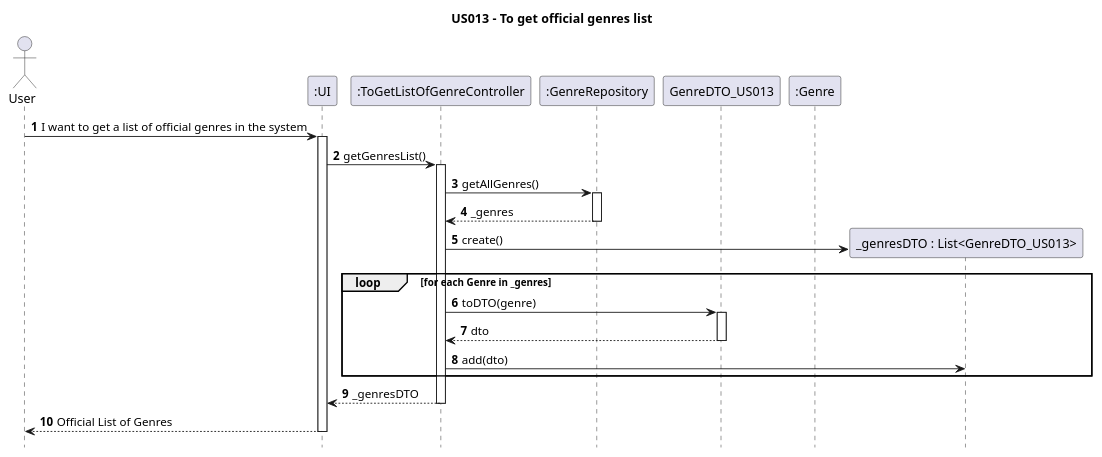
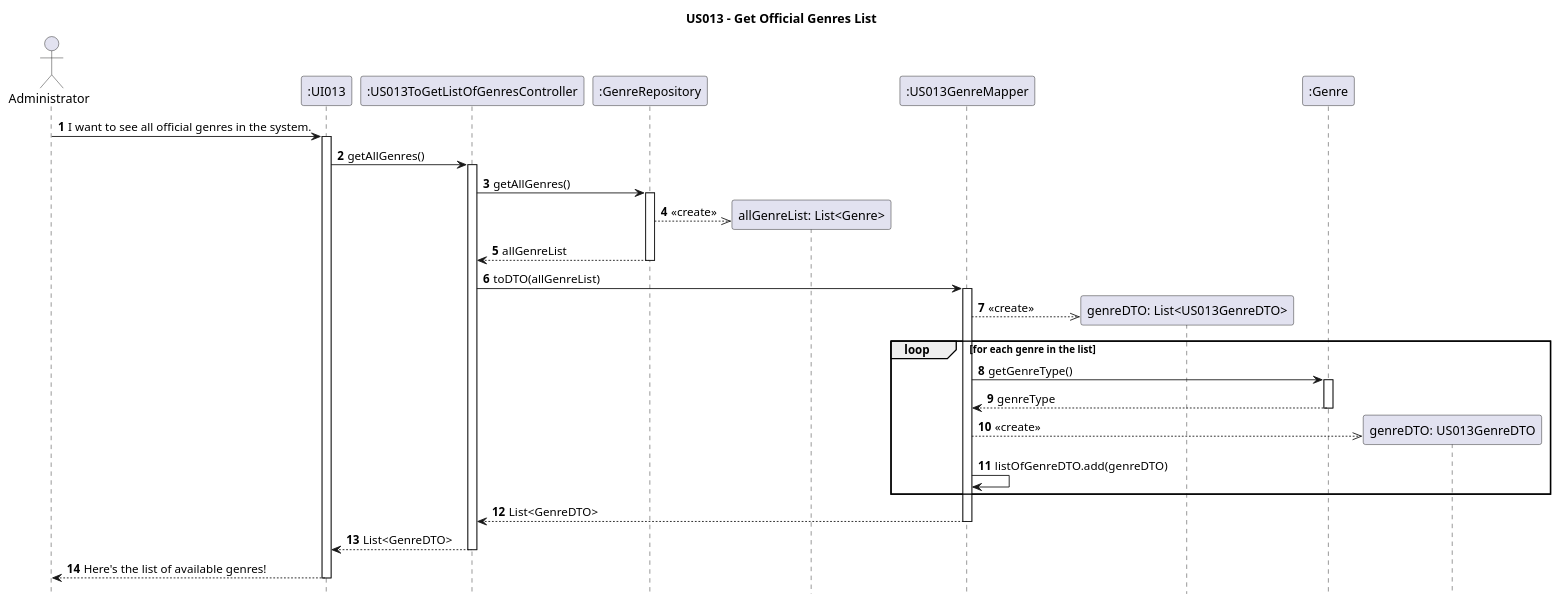
One commit to AndrePereiraGitH/SWitCH-Project-Team_A changed the diagram in Diagrams/SequenceDiagrams/N2/US013-to-get-official-genres-list.puml. Above: the diagram before and after it, drawn with PlantUML. The commit also changed 2 other files, not shown here.

```diff
--- a/Diagrams/SequenceDiagrams/N2/US013-to-get-official-genres-list.puml
+++ b/Diagrams/SequenceDiagrams/N2/US013-to-get-official-genres-list.puml
@@ -1,47 +1,53 @@
 @startuml
+hide footbox
 autonumber
-hide footbox
-title US013 - To get official genres list
 
-actor User
-participant ":UI" as UI
-participant ":ToGetListOfGenreController" as Ctrl
-participant ":GenreRepository" as Repo
-participant "GenreDTO_US013" as DTOClass
-participant ":Genre" as genre
+title US013 - Get Official Genres List
 
-User -> UI : I want to get a list of official genres in the system
-activate UI
+actor Administrator as User
+participant ":UI013" as UI
+participant ":US013ToGetListOfGenresController" as Controller
+participant ":GenreRepository" as GenreRepo
+participant "allGenreList: List<Genre>" as allGenreList
+participant ":US013GenreMapper" as GenreMapper
+participant "genreDTO: List<US013GenreDTO>" as GenreDTO
+participant ":Genre" as Genre
+participant "genreDTO: US013GenreDTO" as GDTO
 
-UI -> Ctrl : getGenresList()
-activate Ctrl
+User -> UI : I want to see all official genres in the system.
+    activate UI
 
-Ctrl -> Repo : getAllGenres()
-activate Repo
+UI -> Controller : getAllGenres()
+activate Controller
 
-Repo --> Ctrl : _genres
-deactivate Repo
+Controller -> GenreRepo : getAllGenres()
+activate GenreRepo
+GenreRepo -->> allGenreList ** : <<create>>
+GenreRepo --> Controller : allGenreList
+deactivate GenreRepo
 
-create "_genresDTO : List<GenreDTO_US013>" as listDTO
-Ctrl -> listDTO : create()
+Controller -> GenreMapper : toDTO(allGenreList)
+activate GenreMapper
 
-loop for each Genre in _genres
-    Ctrl -> DTOClass : toDTO(genre)
-    activate DTOClass
+GenreMapper -->> GenreDTO ** : <<create>>
 
+loop for each genre in the list
+    GenreMapper -> Genre : getGenreType()
+    activate Genre
+    Genre --> GenreMapper : genreType
+    deactivate Genre
 
+    GenreMapper -->> GDTO ** : <<create>>
 
-
-
-    DTOClass --> Ctrl : dto
-    deactivate DTOClass
-
-    Ctrl -> listDTO : add(dto)
+    GenreMapper -> GenreMapper : listOfGenreDTO.add(genreDTO)
 end
 
-Ctrl --> UI : _genresDTO
-deactivate Ctrl
+GenreMapper --> Controller : List<GenreDTO>
+deactivate GenreMapper
 
-UI --> User : Official List of Genres
-deactivate UI
+Controller --> UI : List<GenreDTO>
+deactivate Controller
+
+UI --> User : Here's the list of available genres!
+    deactivate UI
 @enduml
```
